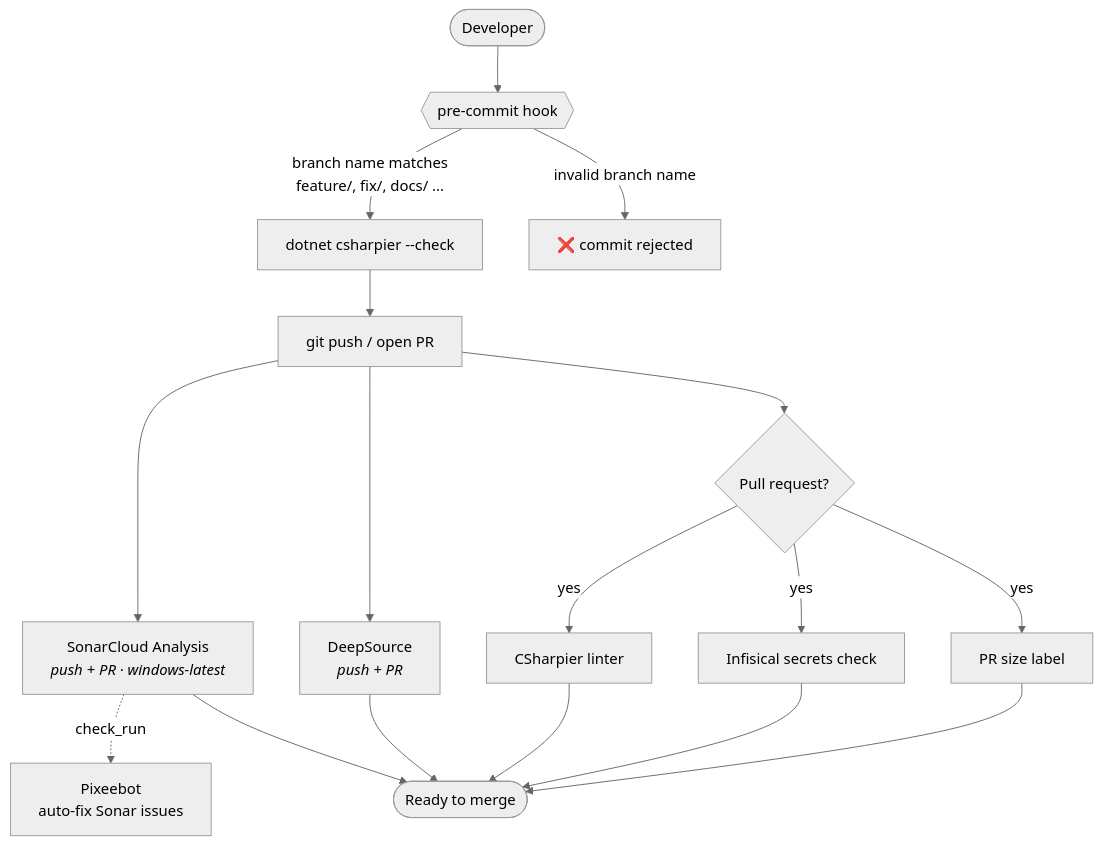
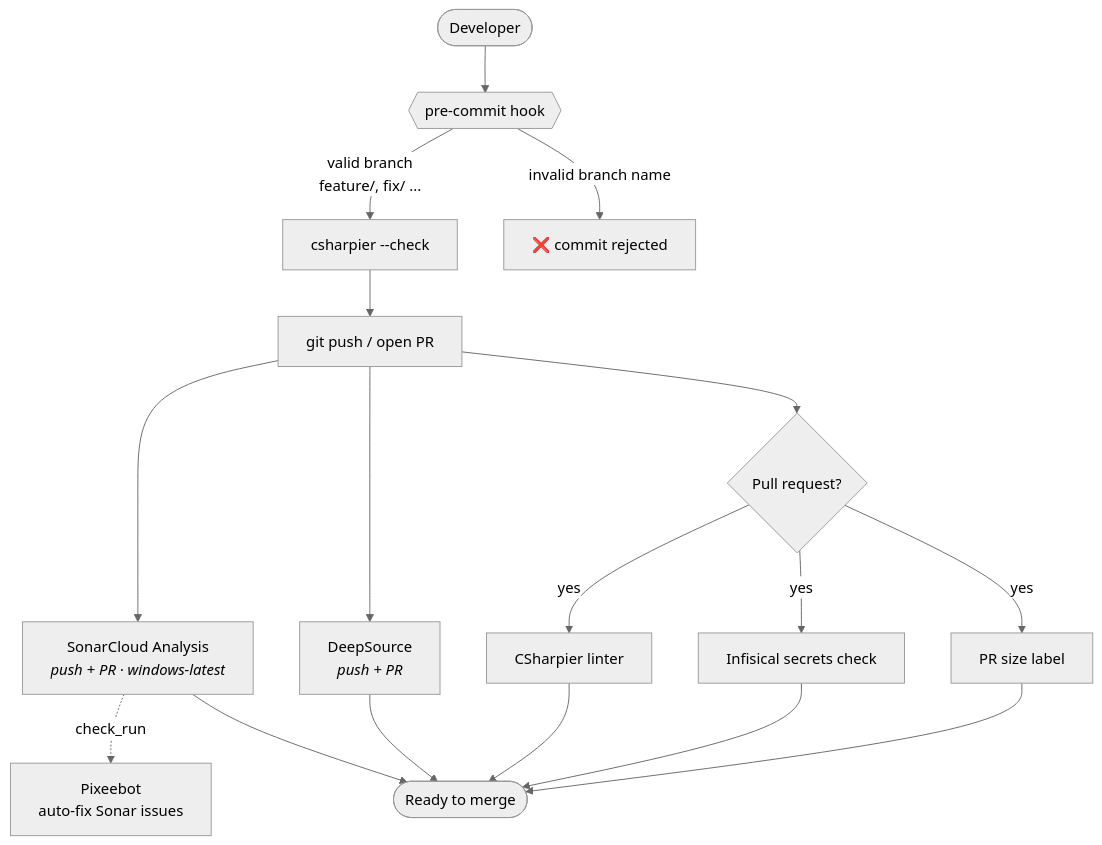
Before and after one commit to GuilhermeStracini/POC-dotnet-polymorphic-rest-api: diagram 11 of 11 in README.md, drawn with Mermaid (neutral theme). The commit also changed other lines of this file, not shown here.

````diff
--- a/README.md
+++ b/README.md
@@ -465,17 +485,17 @@
 ```mermaid
 flowchart TB
     Dev([Developer]) --> Hook{{pre-commit hook}}
-    Hook -->|branch name matches<br/>feature/, fix/, docs/ ...| CS[dotnet csharpier --check]
+    Hook -->|valid branch<br/>feature/, fix/ ...| CS[csharpier --check]
     Hook -->|invalid branch name| Reject[❌ commit rejected]
     CS --> Push[git push / open PR]
 
     Push --> Sonar[SonarCloud Analysis<br/><i>push + PR · windows-latest</i>]
     Push --> Deep[DeepSource<br/><i>push + PR</i>]
     Push --> PR{Pull request?}
     PR -- yes --> Lint[CSharpier linter]
     PR -- yes --> Secrets[Infisical secrets check]
     PR -- yes --> Size[PR size label]
     Sonar -. check_run .-> Pixee[Pixeebot<br/>auto-fix Sonar issues]
 
     Lint & Secrets & Size & Sonar & Deep --> Merge([Ready to merge])
 ```
````
